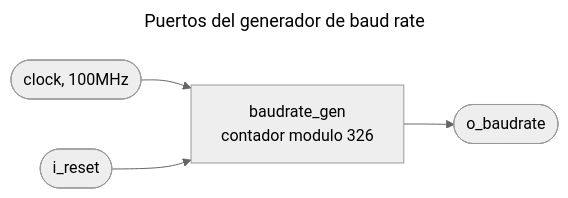
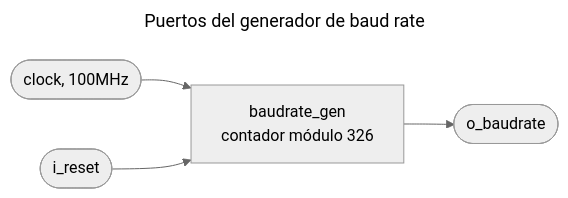
One commit to nicopinera/tps-arqui changed the fourth of 8 diagrams in TP2/README.md. Above: the diagram before and after it, drawn with Mermaid (neutral theme). The commit also changed other lines of this file, not shown here.

````diff
--- a/TP2/README.md
+++ b/TP2/README.md
@@ -215,10 +215,10 @@
 ```mermaid
 ---
 title: Puertos del generador de baud rate
 ---
 flowchart LR
     CLK([clock, 100MHz]) --> BAUD
     RST([i_reset]) --> BAUD
-    BAUD["baudrate_gen<br/>contador modulo 326"]
+    BAUD["baudrate_gen<br/>contador módulo 326"]
     BAUD --> TICK([o_baudrate])
 ```
````
